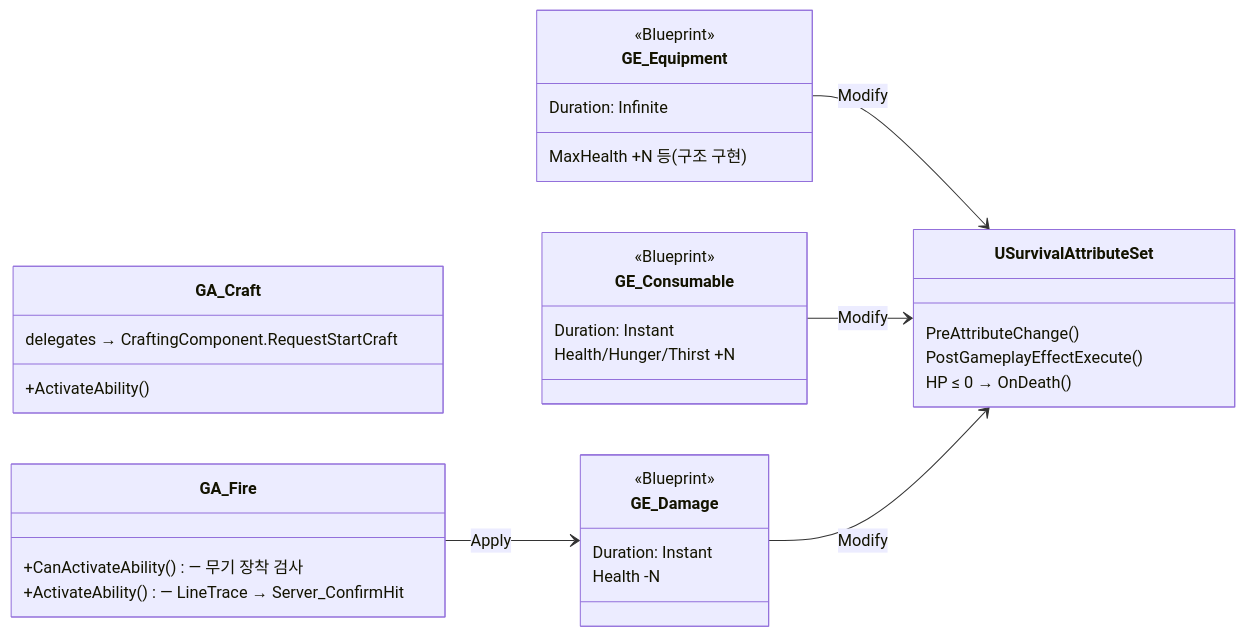
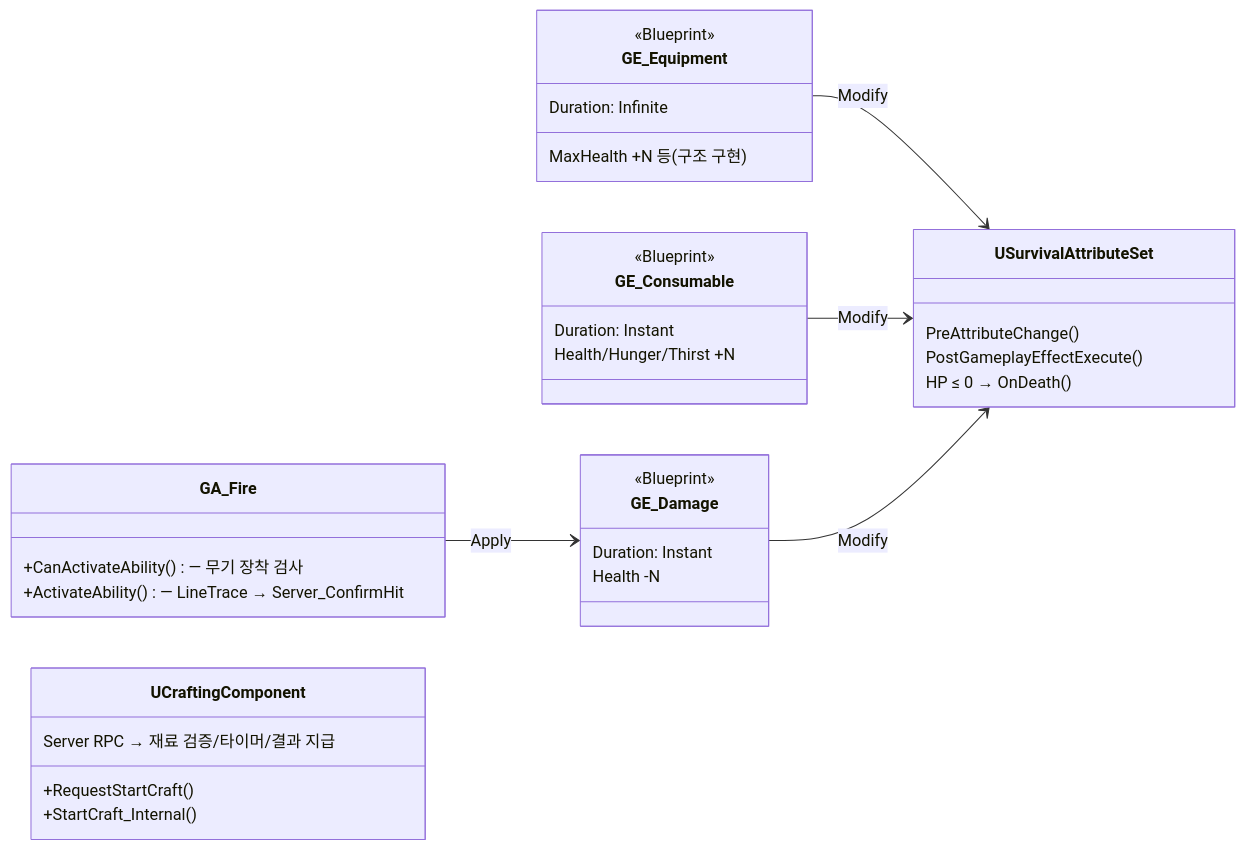
The second of 3 diagrams in README.md (agnesAqr/project_EXFIL), drawn with Mermaid before and after one commit. The commit also changed other lines of this file and 1 other file, not shown here.

````diff
--- a/README.md
+++ b/README.md
@@ -276,43 +279,44 @@
 ```mermaid
 classDiagram
     direction LR
 
-    class GA_Craft {
-        +ActivateAbility()
-        delegates → CraftingComponent.RequestStartCraft
-    }
-
     class GA_Fire {
         +CanActivateAbility() — 무기 장착 검사
         +ActivateAbility() — LineTrace → Server_ConfirmHit
+    }
+
+    class UCraftingComponent {
+        +RequestStartCraft()
+        +StartCraft_Internal()
+        Server RPC → 재료 검증/타이머/결과 지급
     }
 
     class GE_Consumable {
         <<Blueprint>>
         Duration: Instant
         Health/Hunger/Thirst +N
     }
 
     class GE_Equipment {
         <<Blueprint>>
         Duration: Infinite
         MaxHealth +N 등 (구조 구현)
     }
 
     class GE_Damage {
         <<Blueprint>>
         Duration: Instant
         Health -N
     }
 
     class USurvivalAttributeSet {
         PreAttributeChange()
         PostGameplayEffectExecute()
         HP ≤ 0 → OnDeath()
     }
 
     GA_Fire --> GE_Damage : Apply
     GE_Equipment --> USurvivalAttributeSet : Modify
     GE_Consumable --> USurvivalAttributeSet : Modify
     GE_Damage --> USurvivalAttributeSet : Modify
 ```
````
